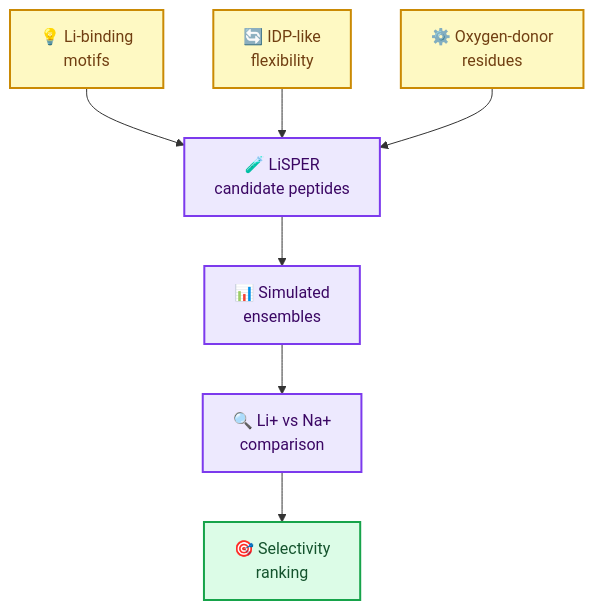
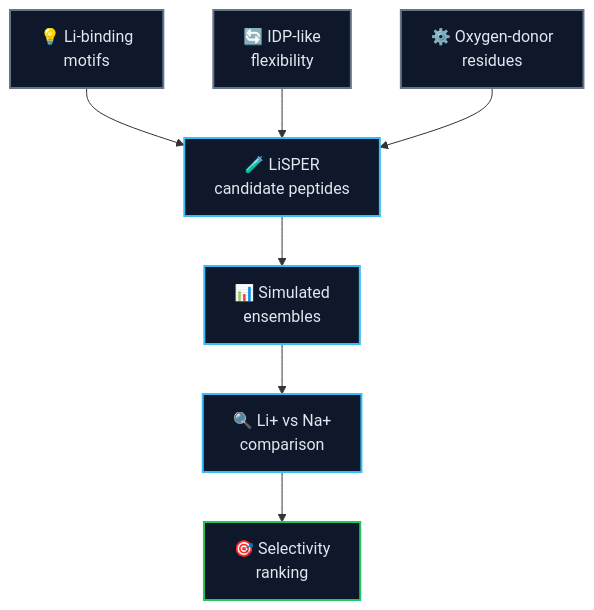
The first of 5 diagrams in README.md (jackyissocute/LiSPER), drawn with Mermaid before and after one commit. The commit also changed other lines of this file and 10 other files, not shown here.

````diff
--- a/README.md
+++ b/README.md
@@ -47,28 +48,28 @@
 ```mermaid
 flowchart TD
     accTitle: LiSPER Scientific Thesis
     accDescr: LiSPER combines motif precedent, peptide flexibility, and oxygen-donor chemistry to generate candidates that are tested for Li over Na selectivity.
 
     motifs["💡 Li-binding<br/>motifs"]
     flexibility["🔄 IDP-like<br/>flexibility"]
     donors["⚙️ Oxygen-donor<br/>residues"]
     candidates["🧪 LiSPER<br/>candidate peptides"]
     ensembles["📊 Simulated<br/>ensembles"]
     comparison["🔍 Li+ vs Na+<br/>comparison"]
     selectivity["🎯 Selectivity<br/>ranking"]
 
     motifs --> candidates
     flexibility --> candidates
     donors --> candidates
     candidates --> ensembles
     ensembles --> comparison
     comparison --> selectivity
 
-    classDef idea fill:#fef9c3,stroke:#ca8a04,stroke-width:2px,color:#713f12
-    classDef peptide fill:#ede9fe,stroke:#7c3aed,stroke-width:2px,color:#3b0764
-    classDef result fill:#dcfce7,stroke:#16a34a,stroke-width:2px,color:#14532d
+    classDef idea fill:#0F172A,stroke:#64748B,stroke-width:2px,color:#E2E8F0
+    classDef peptide fill:#0F172A,stroke:#38BDF8,stroke-width:2px,color:#E2E8F0
+    classDef result fill:#0F172A,stroke:#22C55E,stroke-width:2px,color:#E2E8F0
 
     class motifs,flexibility,donors idea
     class candidates,ensembles,comparison peptide
     class selectivity result
 ```
````
